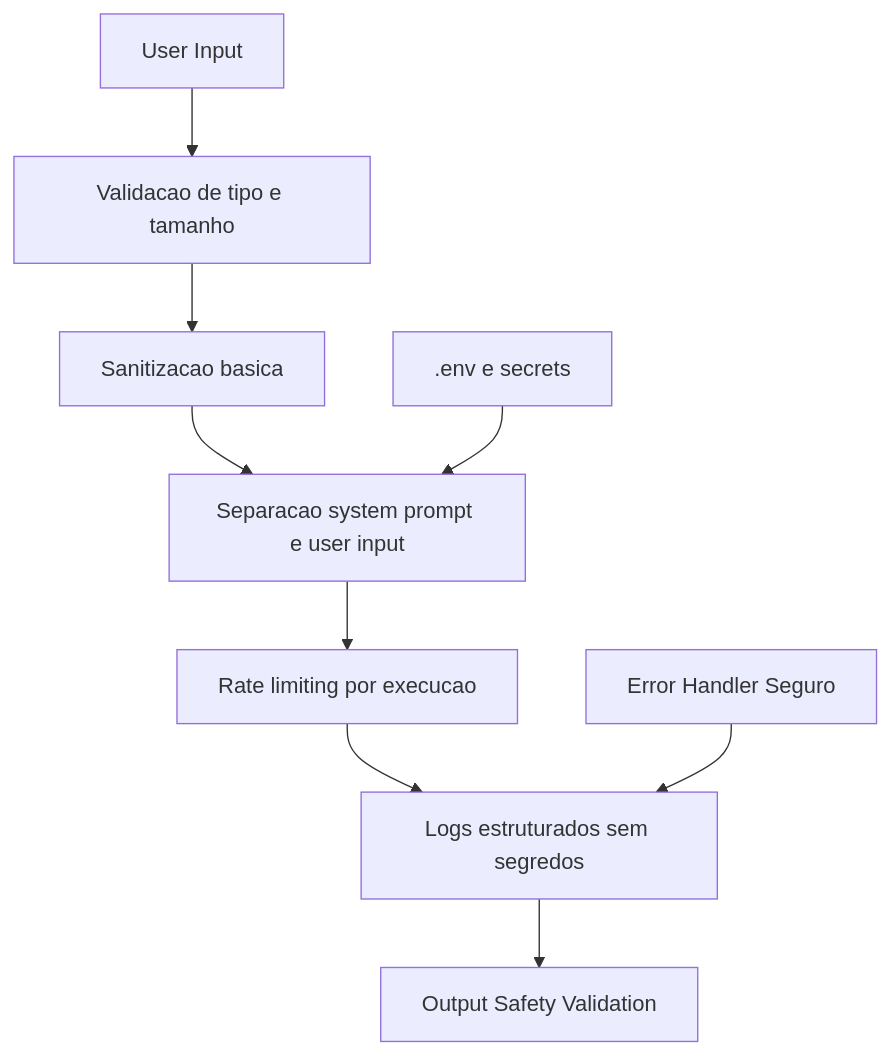
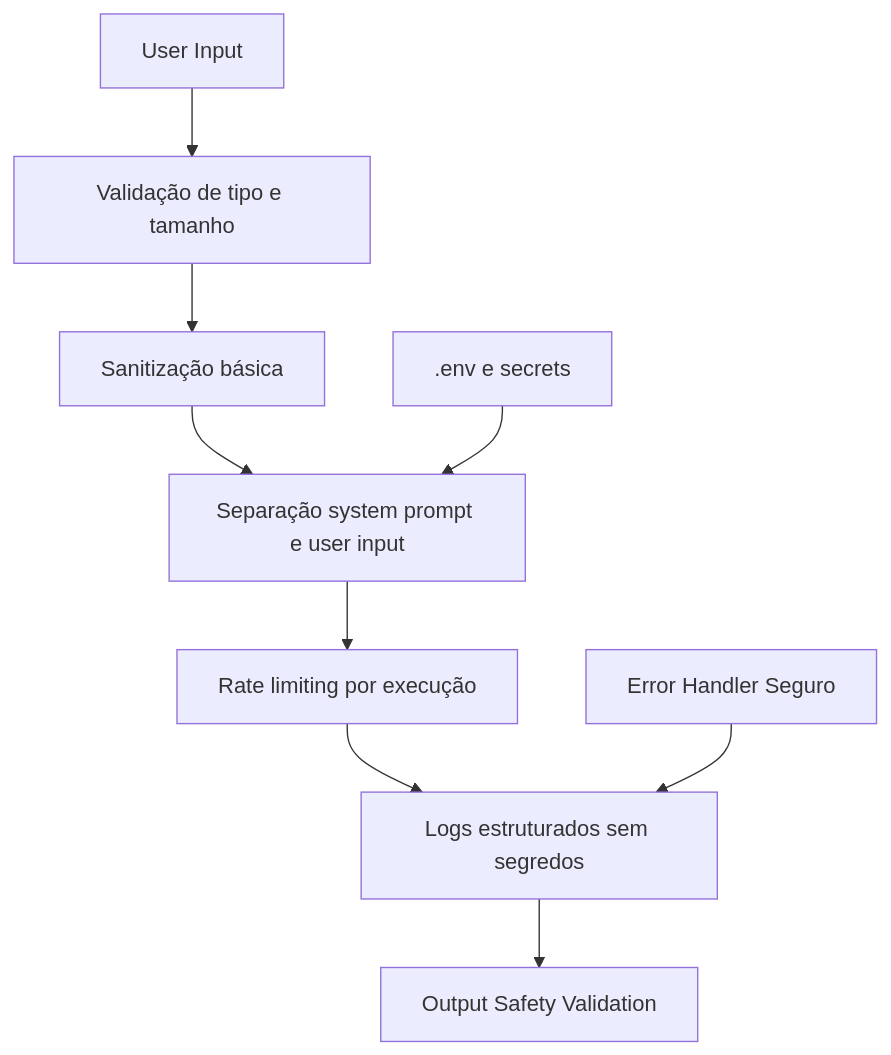
One commit to FilipiWanderley/RepoLaunch-AI changed the third of 3 diagrams in README.md. Above: the diagram before and after it, drawn with Mermaid. The commit also changed other lines of this file, not shown here.

````diff
--- a/README.md
+++ b/README.md
@@ -127,12 +127,12 @@
 ```mermaid
 flowchart TD
-    U[User Input] --> V[Validacao de tipo e tamanho]
-    V --> S[Sanitizacao basica]
-    S --> P[Separacao system prompt e user input]
-    P --> R[Rate limiting por execucao]
+    U[User Input] --> V[Validação de tipo e tamanho]
+    V --> S[Sanitização básica]
+    S --> P[Separação system prompt e user input]
+    P --> R[Rate limiting por execução]
     R --> L[Logs estruturados sem segredos]
     L --> O[Output Safety Validation]
 
     K[.env e secrets] --> P
     E[Error Handler Seguro] --> L
 ```
````
